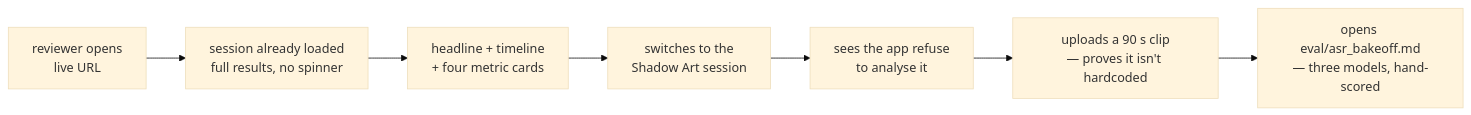
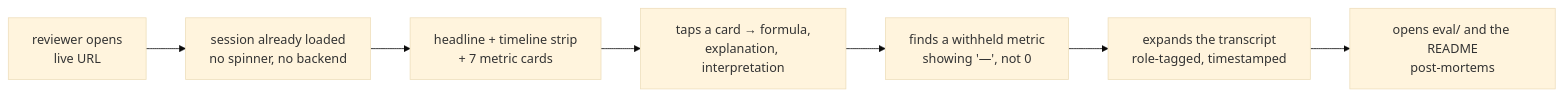
Before and after one commit to Hisham1404/Classroom-analyser: the fifth of 5 diagrams in docs/architecture.md, drawn with Mermaid (base theme). The commit also changed other lines of this file and 18 other files, not shown here.

````diff
--- a/docs/architecture.md
+++ b/docs/architecture.md
@@ -346,9 +421,9 @@
 ```mermaid
 flowchart LR
-    R["reviewer opens<br/>live URL"] --> L["session already loaded<br/>full results, no spinner"]
-    L --> H["headline + timeline<br/>+ four metric cards"]
-    H --> S["switches to the<br/>Shadow Art session"]
-    S --> G["sees the app refuse<br/>to analyse it"]
-    G --> U["uploads a 90 s clip<br/>— proves it isn't hardcoded"]
-    U --> E["opens eval/asr_bakeoff.md<br/>— three models, hand-scored"]
+    R["reviewer opens<br/>live URL"] --> L["session already loaded<br/>no spinner, no backend"]
+    L --> H["headline + timeline strip<br/>+ 7 metric cards"]
+    H --> C["taps a card → formula,<br/>explanation, interpretation"]
+    C --> W["finds a withheld metric<br/>showing '—', not 0"]
+    W --> X["expands the transcript<br/>role-tagged, timestamped"]
+    X --> E["opens eval/ and the README<br/>post-mortems"]
 ```
````
